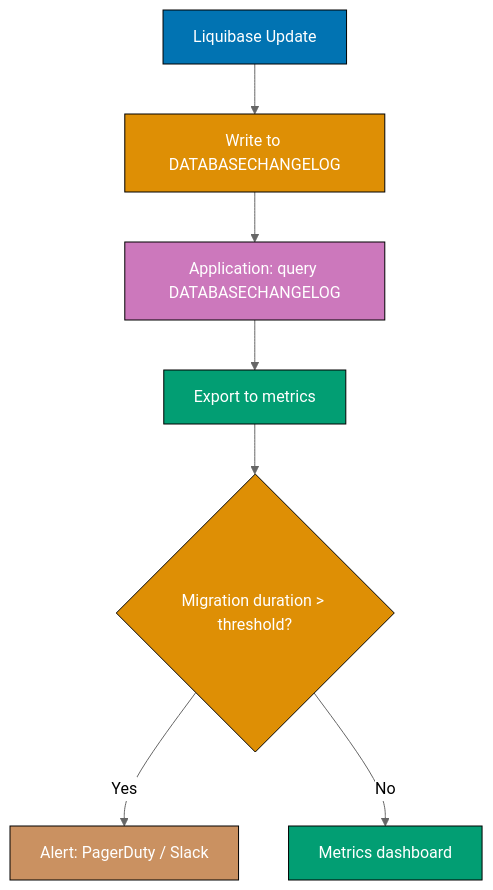
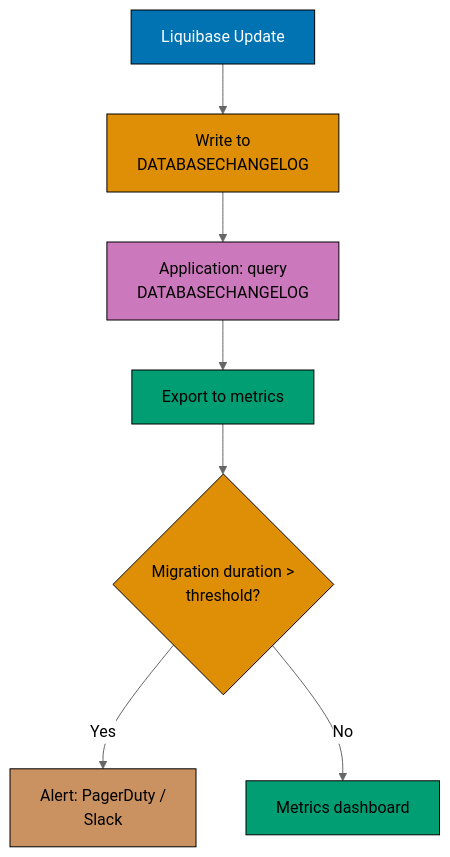
The eighth of 8 diagrams in apps/ayokoding-www/content/en/learn/legacy/software-engineering/data/tools/java-liquibase/by-example/advanced.md (wahidyankf/ose-public), drawn with Mermaid (neutral theme) before and after one commit. The commit also changed other lines of this file and 131 other files, not shown here.

First line of the commit message:
fix(mermaid): bring the legacy data, infrastructure, and testing diagrams onto the accessible palette

````diff
--- a/apps/ayokoding-www/content/en/learn/legacy/software-engineering/data/tools/java-liquibase/by-example/advanced.md
+++ b/apps/ayokoding-www/content/en/learn/legacy/software-engineering/data/tools/java-liquibase/by-example/advanced.md
@@ -1578,18 +1630,26 @@
 ```mermaid
 %% Color Palette: Blue #0173B2, Orange #DE8F05, Teal #029E73, Purple #CC78BC, Brown #CA9161
 graph TD
-    A[Liquibase Update] --> B[Write to DATABASECHANGELOG]
-    B --> C[Application: query DATABASECHANGELOG]
+    accTitle: Example 85: Migration Monitoring and Alerting
+    accDescr: Graph with 7 nodes and 6 connections. Nodes: Liquibase Update, Write to DATABASECHANGELOG, Application: query DATABASECHANGELOG, Export to metrics, Migration duration > threshold?, Alert: PagerDuty / Slack, Metrics dashboard. Connections: Liquibase Update to Write to DATABASECHANGELOG, Write to DATABASECHANGELOG to Application: query DATABASECHANGELOG, Application: query DATABASECHANGELOG to Export to metrics, Export to metrics to Migration duration > threshold?, Migration duration > threshold? to Alert: PagerDuty / Slack (Yes), Migration duration > threshold? to Metrics dashboard (No).
+    A[Liquibase Update] --> B[Write to<br/>DATABASECHANGELOG]
+    B --> C[Application: query<br/>DATABASECHANGELOG]
     C --> D[Export to metrics]
-    D --> E{Migration duration > threshold?}
-    E -->|Yes| F[Alert: PagerDuty / Slack]
+    D --> E{Migration duration ><br/>threshold?}
+    E -->|Yes| F[Alert: PagerDuty /<br/>Slack]
     E -->|No| G[Metrics dashboard]
 
-    style A fill:#0173B2,stroke:#000,color:#fff
-    style B fill:#DE8F05,stroke:#000,color:#fff
-    style C fill:#CC78BC,stroke:#000,color:#fff
-    style D fill:#029E73,stroke:#000,color:#fff
-    style E fill:#DE8F05,stroke:#000,color:#fff
-    style F fill:#CA9161,stroke:#000,color:#fff
-    style G fill:#029E73,stroke:#000,color:#fff
+    classDef pal-0173B2 fill:#0173B2,stroke:#000000,color:#FFFFFF
+    class A pal-0173B2
+    classDef pal-DE8F05 fill:#DE8F05,stroke:#000000,color:#000000
+    class B pal-DE8F05
+    classDef pal-CC78BC fill:#CC78BC,stroke:#000000,color:#000000
+    class C pal-CC78BC
+    classDef pal-029E73 fill:#029E73,stroke:#000000,color:#000000
+    class D pal-029E73
+    class E pal-DE8F05
+    classDef pal-CA9161 fill:#CA9161,stroke:#000000,color:#000000
+    class F pal-CA9161
+    class G pal-029E73
+    classDef default fill:#FFFFFF,stroke:#000000,color:#000000
 ```
````
